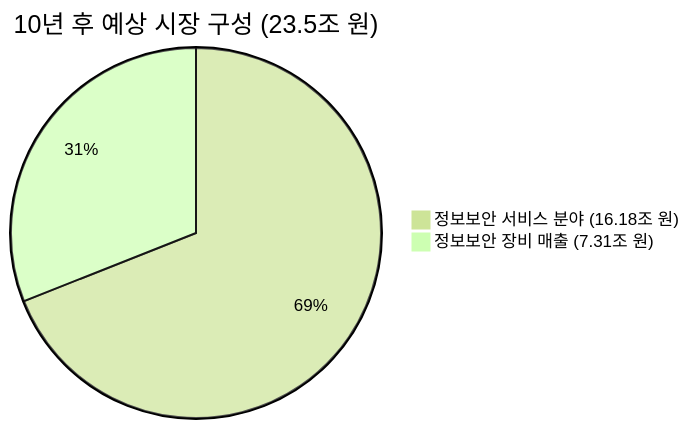
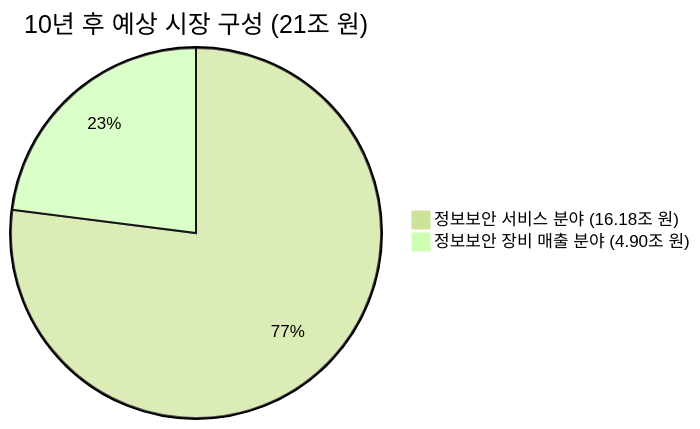
One commit to QubitSecurity/Market changed the second of 2 diagrams in kr/forecast.md. Above: the diagram before and after it, drawn with Mermaid (forest theme). The commit also changed other lines of this file, not shown here.

````diff
--- a/kr/forecast.md
+++ b/kr/forecast.md
@@ -128,5 +141,5 @@
 ```mermaid
-pie title 10년 후 예상 시장 구성 (23.5조 원)
-    "정보보안 서비스 분야 (16.18조 원)" : 69
-    "정보보안 장비 매출 (7.31조 원)" : 31
+pie title 10년 후 예상 시장 구성 (21조 원)
+    "정보보안 서비스 분야 (16.18조 원)" : 77
+    "정보보안 장비 매출 분야 (4.90조 원)" : 23
 ```
````
